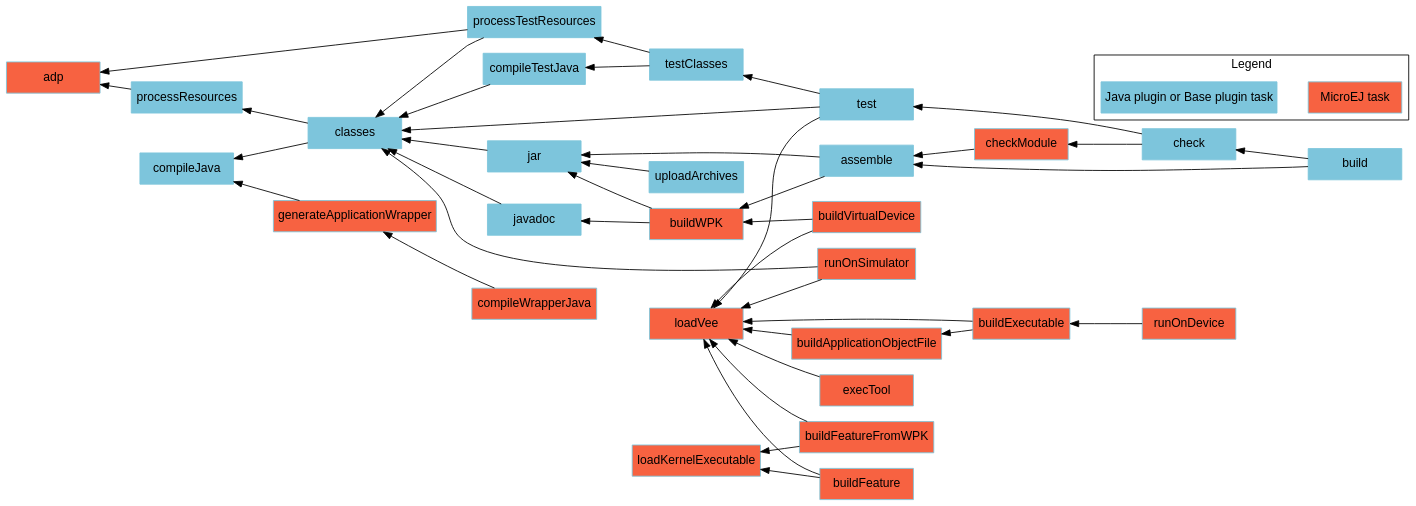
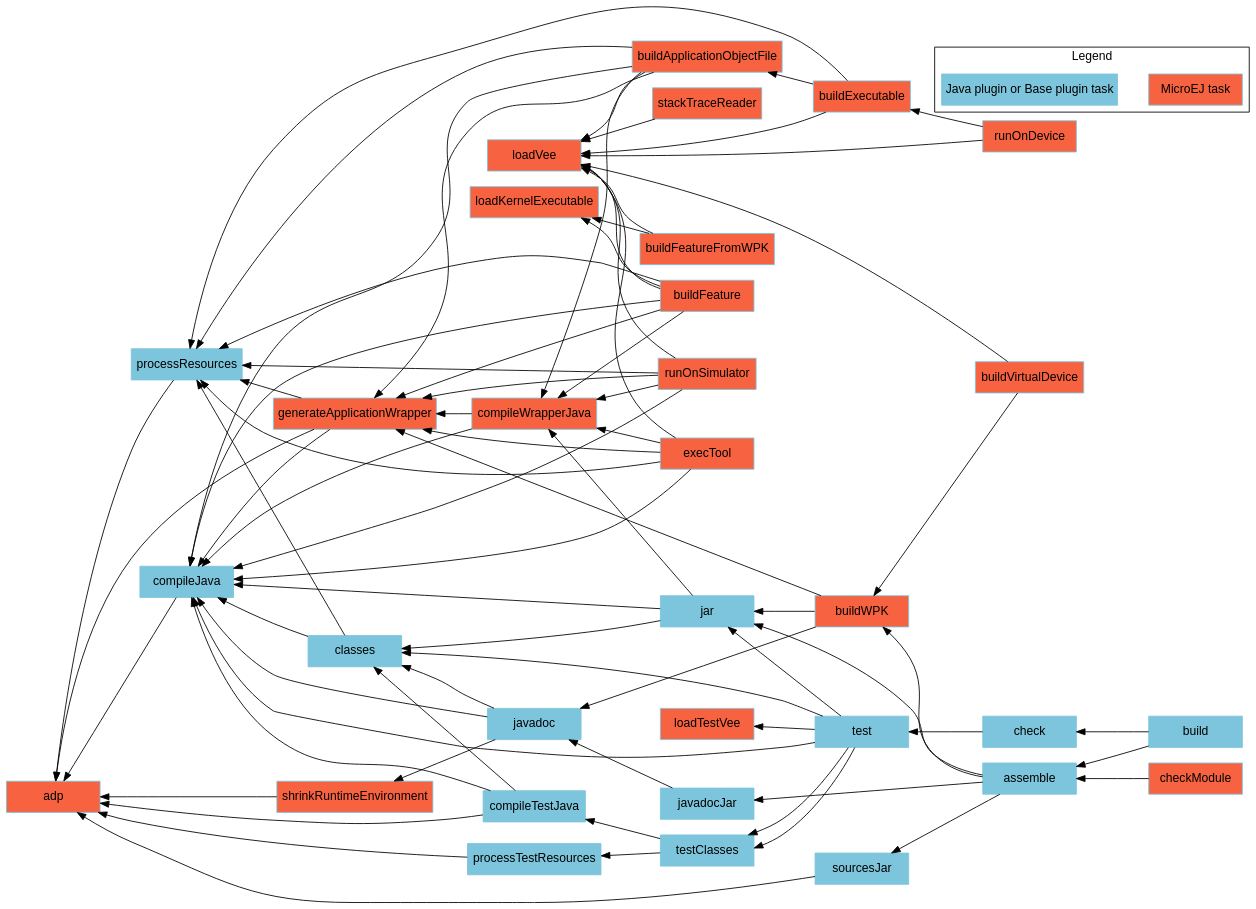
One commit to MicroEJ/docs changed the diagram in SDK6UserGuide/graphApplicationModule.dot. Above: the diagram before and after it, drawn with Graphviz.

Commit message:
Update dependency graph for Application Module nature

```diff
--- a/SDK6UserGuide/graphApplicationModule.dot
+++ b/SDK6UserGuide/graphApplicationModule.dot
@@ -1,74 +1,111 @@
 digraph mygraph {
     rankdir="RL";
     bgcolor="transparent"
     fontname="Helvetica,Arial,sans-serif"
     node [
         shape = box
         width = 1.5
         color = "#7dc5dc"
         style = filled
         fontname="Helvetica,Arial,sans-serif"
     ]
     edge [fontname="Helvetica,Arial,sans-serif"]
     "adp" [fillcolor = "#f76241"]
     "checkModule" [fillcolor = "#f76241"]
     "loadKernelExecutable" [fillcolor = "#f76241"]
     "loadVee" [fillcolor = "#f76241"]
     "runOnSimulator" [fillcolor = "#f76241"]
     "buildWPK" [fillcolor = "#f76241"]
     "buildApplicationObjectFile" [fillcolor = "#f76241"]
     "buildExecutable" [fillcolor = "#f76241"]
     "buildVirtualDevice" [fillcolor = "#f76241"]
     "buildFeature" [fillcolor = "#f76241"]
     "runOnDevice" [fillcolor = "#f76241"]
     "execTool" [fillcolor = "#f76241"]
     "generateApplicationWrapper" [fillcolor = "#f76241"]
     "compileWrapperJava" [fillcolor = "#f76241"]
     "buildFeatureFromWPK" [fillcolor = "#f76241"]
+    "shrinkRuntimeEnvironment" [fillcolor = "#f76241"]
+    "loadTestVee" [fillcolor = "#f76241"]
+    "stackTraceReader" [fillcolor = "#f76241"]
     "build" -> "check"
-    "check" -> "test"
-    "test" -> "classes"
-    "test" -> "testClasses"
-    "test" -> "loadVee"
-    "testClasses" -> "compileTestJava"
-    "testClasses" -> "processTestResources"
-    "processResources" -> "adp"
-    "processTestResources" -> "adp"
-    "processTestResources" -> "classes"
-    "compileTestJava" -> "classes"
-    "javadoc" -> "classes"
-    "classes" -> "compileJava"
-    "classes" -> "processResources"
     "build" -> "assemble"
     "assemble" -> "jar"
     "assemble" -> "buildWPK"
-    "uploadArchives" -> "jar"
-    "jar" -> "classes"
-    "runOnSimulator" -> "classes"
-    "runOnSimulator" -> "loadVee"
-    "checkModule" -> "assemble"
-    "check" -> "checkModule"
+    "assemble" -> "javadocJar"
+    "assemble" -> "sourcesJar"
     "buildWPK" -> "jar"
     "buildWPK" -> "javadoc"
-    "buildApplicationObjectFile" -> "loadVee"
+    "buildWPK" -> "generateApplicationWrapper"
+    "generateApplicationWrapper" -> "adp"
+    "generateApplicationWrapper" -> "processResources"
+    "generateApplicationWrapper" -> "compileJava"
+    "compileJava" -> "adp"
+    "processResources" -> "adp"
+    "jar" -> "classes"
+    "jar" -> "compileJava"
+    "jar" -> "compileWrapperJava"
+    "classes" -> "compileJava"
+    "classes" -> "processResources"
+    "compileWrapperJava" -> "generateApplicationWrapper"
+    "compileWrapperJava" -> "compileJava"
+    "javadoc" -> "classes"
+    "javadoc" -> "compileJava"
+    "javadoc" -> "shrinkRuntimeEnvironment"
+    "javadocJar" -> "javadoc"
+    "sourcesJar" -> "adp"
+    "shrinkRuntimeEnvironment" -> "adp"
+    "runOnSimulator" -> "compileJava"
+    "runOnSimulator" -> "compileWrapperJava"
+    "runOnSimulator" -> "generateApplicationWrapper"
+    "runOnSimulator" -> "loadVee"
+    "runOnSimulator" -> "processResources"
+    "runOnDevice" -> "buildExecutable"
+    "runOnDevice" -> "loadVee"
     "buildExecutable" -> "buildApplicationObjectFile"
     "buildExecutable" -> "loadVee"
+    "buildExecutable" -> "processResources"
+    "buildApplicationObjectFile" -> "compileJava"
+    "buildApplicationObjectFile" -> "compileWrapperJava"
+    "buildApplicationObjectFile" -> "generateApplicationWrapper"
+    "buildApplicationObjectFile" -> "loadVee"
+    "buildApplicationObjectFile" -> "processResources"
     "buildVirtualDevice" -> "loadVee"
     "buildVirtualDevice" -> "buildWPK"
+    "buildFeature" -> "compileJava"
+    "buildFeature" -> "compileWrapperJava"
+    "buildFeature" -> "generateApplicationWrapper"
+    "buildFeature" -> "loadKernelExecutable"
     "buildFeature" -> "loadVee"
-    "buildFeature" -> "loadKernelExecutable"
-    "runOnDevice" -> "buildExecutable"
+    "buildFeature" -> "processResources"
+    "execTool" -> "compileJava"
+    "execTool" -> "compileWrapperJava"
+    "execTool" -> "generateApplicationWrapper"
     "execTool" -> "loadVee"
-    "generateApplicationWrapper" -> "compileJava"
-    "compileWrapperJava" -> "generateApplicationWrapper"
+    "execTool" -> "processResources"
     "buildFeatureFromWPK" -> "loadVee"
     "buildFeatureFromWPK" -> "loadKernelExecutable"
+    "check" -> "test"
+    "checkModule" -> "assemble"
+    "test" -> "classes"
+    "test" -> "compileJava"
+    "test" -> "testClasses"
+    "test" -> "jar"
+    "test" -> "loadTestVee"
+    "test" -> "testClasses"
+    "compileTestJava" -> "adp"
+    "compileTestJava" -> "classes"
+    "compileTestJava" -> "compileJava"
+    "testClasses" -> "compileTestJava"
+    "testClasses" -> "processTestResources"
+    "processTestResources" -> "adp"
+    "stackTraceReader" -> "loadVee"
     
     subgraph cluster_legend {
         label="Legend";
         microej [fillcolor="#f76241" label="MicroEJ task"];
         java [fillcolor="#7dc5dc" label="Java plugin or Base plugin task"];
         microej -> java [style=invis];
         java -> microej [style=invis];
     }
 }
```
